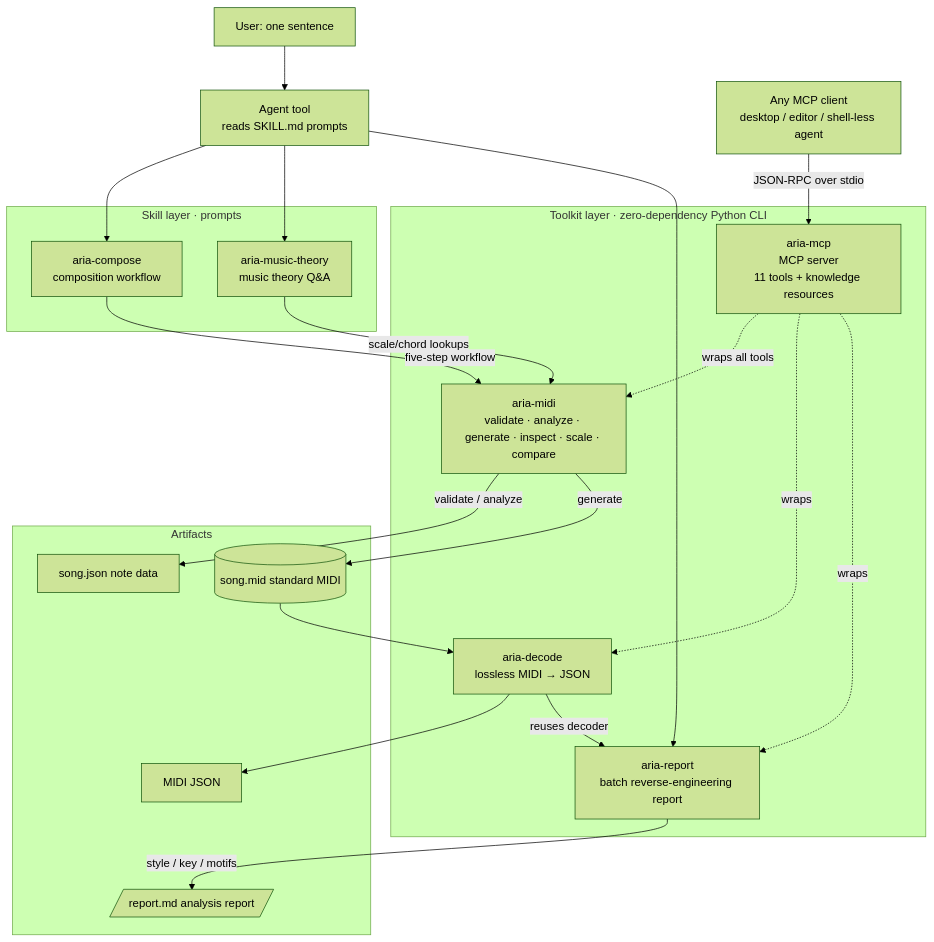
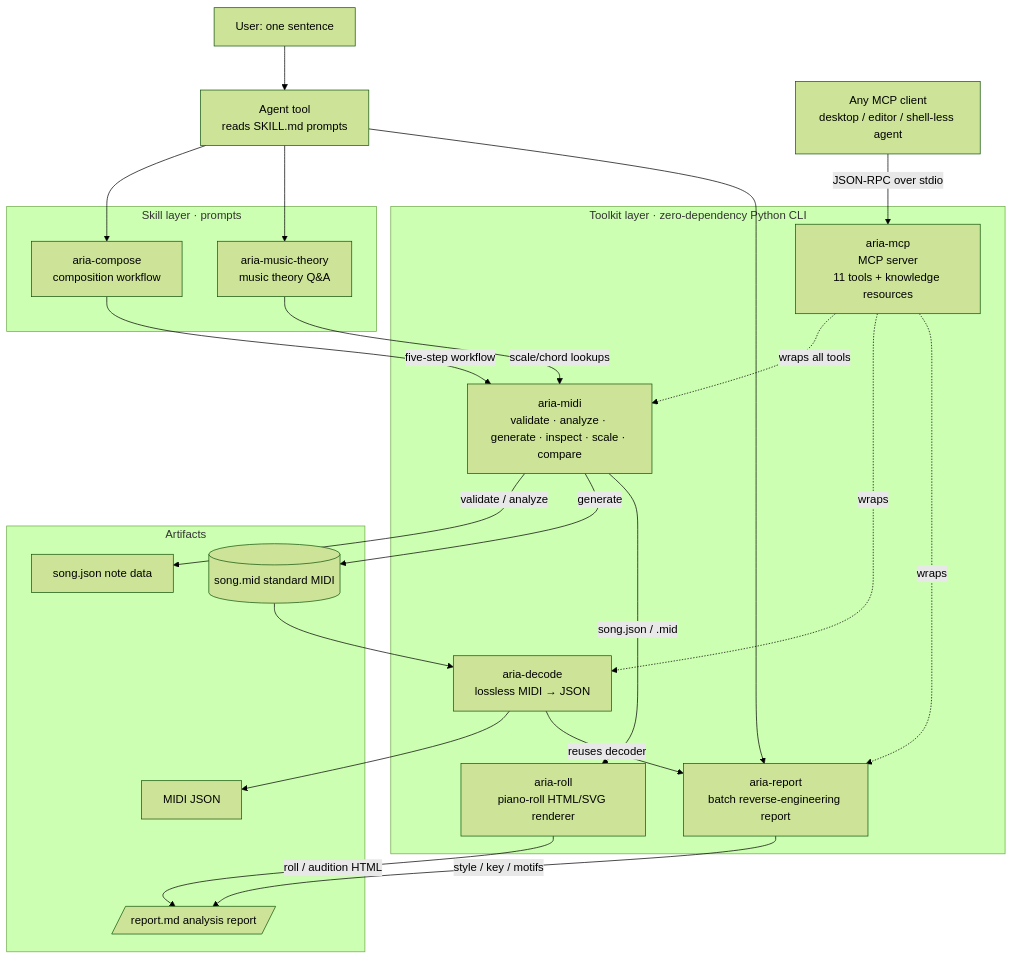
The diagram in README.en.md (M7ui/Aria_Skills), drawn with Mermaid (forest theme) before and after one commit. The commit also changed other lines of this file and 8 other files, not shown here.

First line of the commit message:
feat(aria-roll): 新增钢琴卷帘渲染器 —— song.json / .mid → 自包含 HTML（可看可听）

````diff
--- a/README.en.md
+++ b/README.en.md
@@ -233,39 +248,42 @@
 ```mermaid
 flowchart TB
     User[User: one sentence] --> Agent[Agent tool<br/>reads SKILL.md prompts]
 
     subgraph Skills[Skill layer · prompts]
         Compose[aria-compose<br/>composition workflow]
         Theory[aria-music-theory<br/>music theory Q&A]
     end
 
     subgraph Toolkit[Toolkit layer · zero-dependency Python CLI]
         Midi[aria-midi<br/>validate · analyze · generate · inspect · scale · compare]
         Decode[aria-decode<br/>lossless MIDI → JSON]
         Report[aria-report<br/>batch reverse-engineering report]
+        Roll[aria-roll<br/>piano-roll HTML/SVG renderer]
         Mcp[aria-mcp<br/>MCP server<br/>11 tools + knowledge resources]
     end
 
     subgraph Output[Artifacts]
         Song[song.json note data]
         MidiFile[(song.mid standard MIDI)]
         MidiJson[MIDI JSON]
         MdReport[/report.md analysis report/]
     end
 
     Agent --> Compose
     Agent --> Theory
     Agent --> Report
     Compose -->|five-step workflow| Midi
     Theory -->|scale/chord lookups| Midi
     Midi -->|validate / analyze| Song
     Midi -->|generate| MidiFile
     MidiFile --> Decode
     Decode --> MidiJson
+    Midi -->|song.json / .mid| Roll
+    Roll -->|roll / audition HTML| MdReport
     Decode -->|reuses decoder| Report
     Report -->|style / key / motifs| MdReport
     Mcp -.->|wraps all tools| Midi
     Mcp -.->|wraps| Decode
     Mcp -.->|wraps| Report
     Client[Any MCP client<br/>desktop / editor / shell-less agent] -->|JSON-RPC over stdio| Mcp
 ```
````
